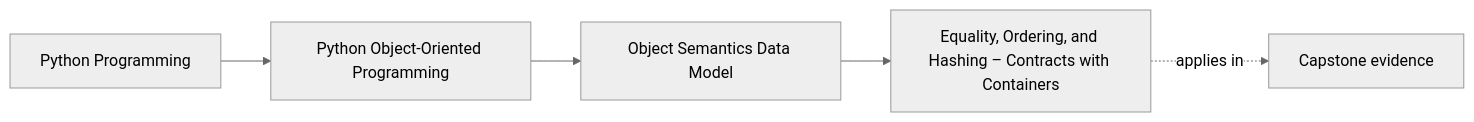
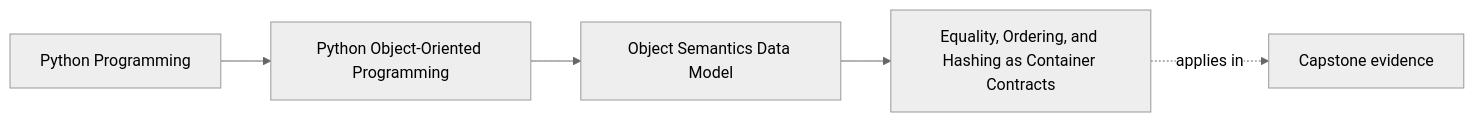
One commit to bijux/bijux-masterclass changed the first of 2 diagrams in programs/python-programming/python-object-oriented-programming/course-book/module-01-object-semantics-data-model/equality-ordering-and-hashing.md. Above: the diagram before and after it, drawn with Mermaid (neutral theme). The commit also changed other lines of this file, not shown here.

Commit message:
docs(oop): frame equality as a contract decision

````diff
--- a/programs/python-programming/python-object-oriented-programming/course-book/module-01-object-semantics-data-model/equality-ordering-and-hashing.md
+++ b/programs/python-programming/python-object-oriented-programming/course-book/module-01-object-semantics-data-model/equality-ordering-and-hashing.md
@@ -7,11 +6,11 @@
 ```mermaid
 graph LR
   family["Python Programming"]
   program["Python Object-Oriented Programming"]
   section["Object Semantics Data Model"]
-  page["Equality, Ordering, and Hashing – Contracts with Containers"]
+  page["Equality, Ordering, and Hashing as Container Contracts"]
   capstone["Capstone evidence"]
 
   family --> program --> section --> page
   page -.applies in.-> capstone
 ```
````
